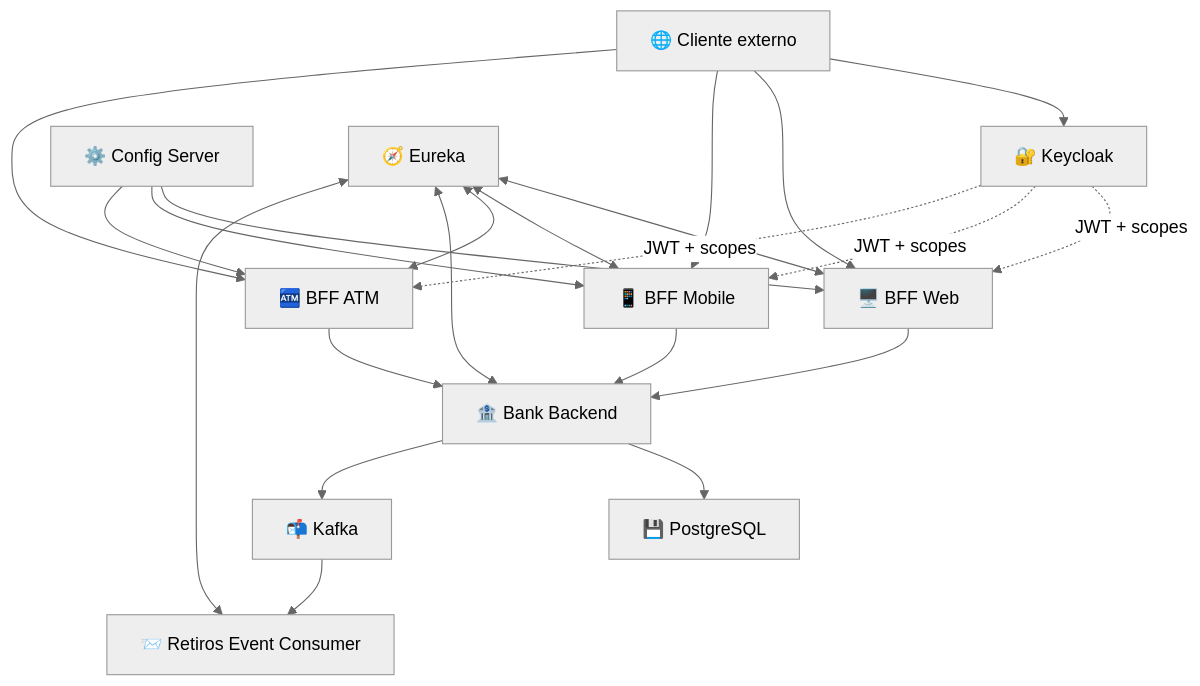
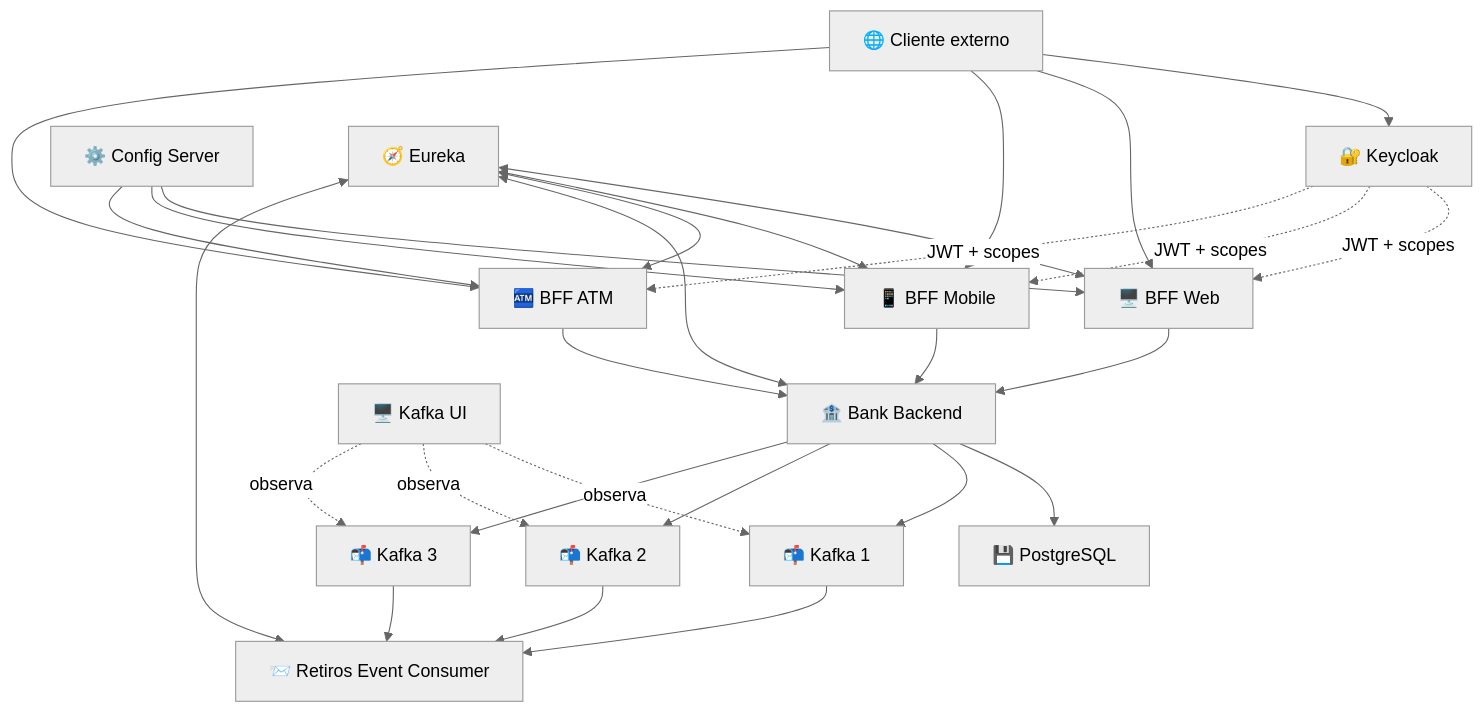
Before and after one commit to LadyRed145/bancoxyzbatch: the first of 2 diagrams in Propuesta_Tecnica.md, drawn with Mermaid (neutral theme). The commit also changed other lines of this file and 39 other files, not shown here.

````diff
--- a/Propuesta_Tecnica.md
+++ b/Propuesta_Tecnica.md
@@ -39,41 +39,51 @@
 ```mermaid
 flowchart TB
     CLIENT["🌐 Cliente externo"]
     KC["🔐 Keycloak"]
     WEB["🖥️ BFF Web"]
     MOBILE["📱 BFF Mobile"]
     ATM["🏧 BFF ATM"]
     CONFIG["⚙️ Config Server"]
     EUREKA["🧭 Eureka"]
     BACKEND["🏦 Bank Backend"]
     DB["💾 PostgreSQL"]
-    KAFKA["📬 Kafka"]
+    K1["📬 Kafka 1"]
+    K2["📬 Kafka 2"]
+    K3["📬 Kafka 3"]
+    KUI["🖥️ Kafka UI"]
     CONSUMER["📨 Retiros Event Consumer"]
 
     CLIENT --> KC
     CLIENT --> WEB
     CLIENT --> MOBILE
     CLIENT --> ATM
 
     KC -. JWT + scopes .-> WEB
     KC -. JWT + scopes .-> MOBILE
     KC -. JWT + scopes .-> ATM
 
     CONFIG --> WEB
     CONFIG --> MOBILE
     CONFIG --> ATM
 
     EUREKA <--> WEB
     EUREKA <--> MOBILE
     EUREKA <--> ATM
     EUREKA <--> BACKEND
     EUREKA <--> CONSUMER
 
     WEB --> BACKEND
     MOBILE --> BACKEND
     ATM --> BACKEND
 
     BACKEND --> DB
-    BACKEND --> KAFKA
-    KAFKA --> CONSUMER
+    BACKEND --> K1
+    BACKEND --> K2
+    BACKEND --> K3
+    K1 --> CONSUMER
+    K2 --> CONSUMER
+    K3 --> CONSUMER
+    KUI -. observa .-> K1
+    KUI -. observa .-> K2
+    KUI -. observa .-> K3
 ```
````
